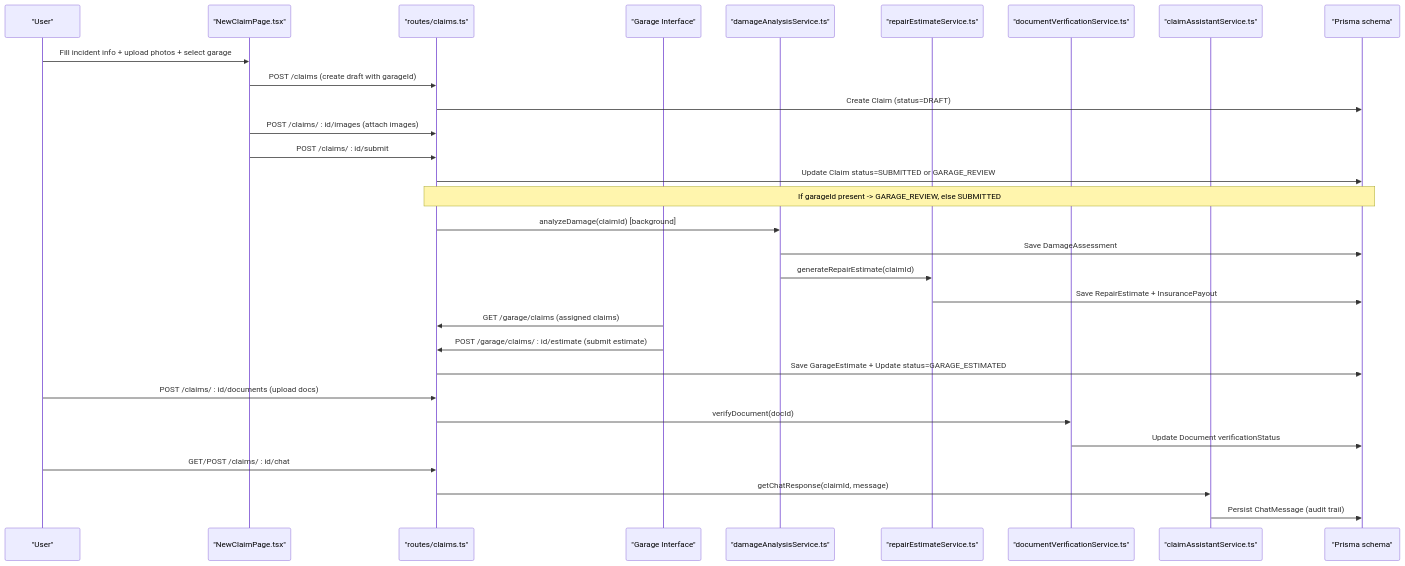
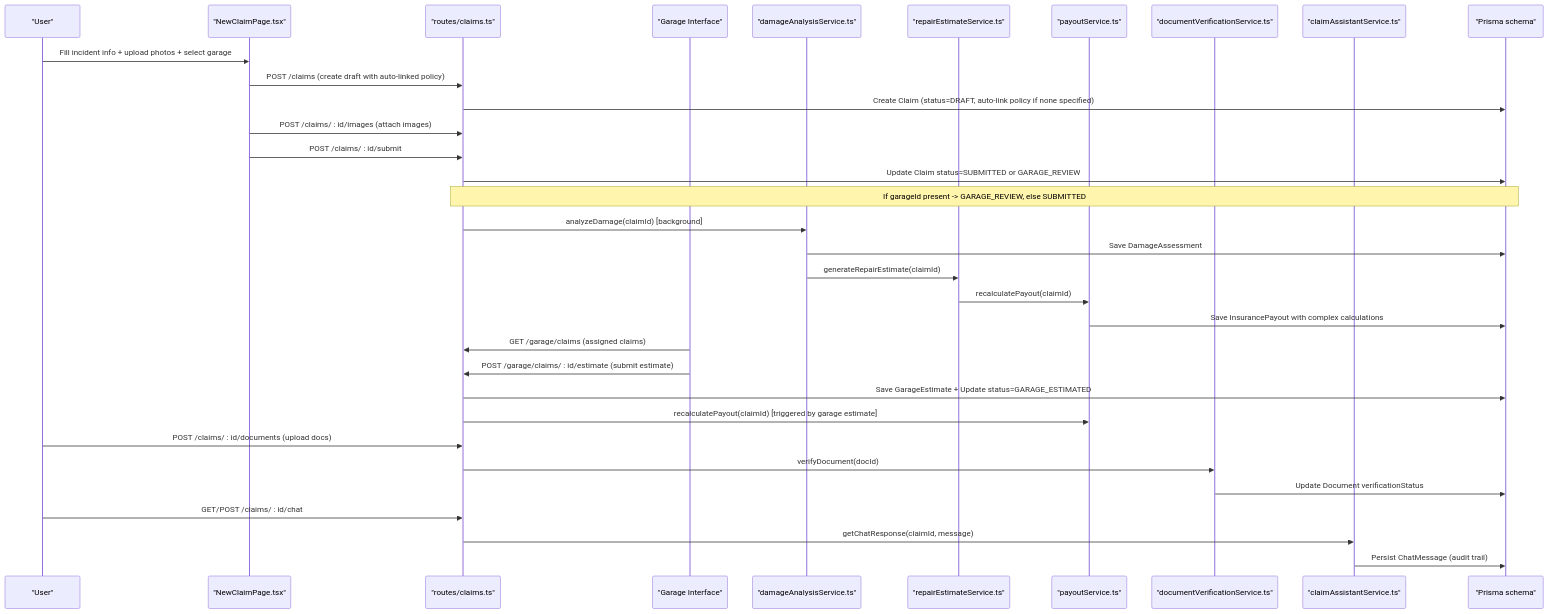
Before and after one commit to NaveenHiranya/Smart-Vehicle-Insurance-Claim-System: the second of 13 diagrams in .qoder/repowiki/en/content/Business Logic Layer/Claims Processing Workflow.md, drawn with Mermaid. The commit also changed other lines of this file and 38 other files, not shown here.

````diff
--- a/.qoder/repowiki/en/content/Business Logic Layer/Claims Processing Workflow.md
+++ b/.qoder/repowiki/en/content/Business Logic Layer/Claims Processing Workflow.md
@@ -128,32 +135,35 @@
 ```mermaid
 sequenceDiagram
 participant User as "User"
 participant FE as "NewClaimPage.tsx"
 participant API as "routes/claims.ts"
 participant Garage as "Garage Interface"
 participant DAM as "damageAnalysisService.ts"
 participant EST as "repairEstimateService.ts"
+participant PAYOUT as "payoutService.ts"
 participant DOC as "documentVerificationService.ts"
 participant ASS as "claimAssistantService.ts"
 participant DB as "Prisma schema"
 User->>FE : Fill incident info + upload photos + select garage
-FE->>API : POST /claims (create draft with garageId)
-API->>DB : Create Claim (status=DRAFT)
+FE->>API : POST /claims (create draft with auto-linked policy)
+API->>DB : Create Claim (status=DRAFT, auto-link policy if none specified)
 FE->>API : POST /claims/ : id/images (attach images)
 FE->>API : POST /claims/ : id/submit
 API->>DB : Update Claim status=SUBMITTED or GARAGE_REVIEW
 Note over API,DB : If garageId present -> GARAGE_REVIEW, else SUBMITTED
 API->>DAM : analyzeDamage(claimId) [background]
 DAM->>DB : Save DamageAssessment
 DAM->>EST : generateRepairEstimate(claimId)
-EST->>DB : Save RepairEstimate + InsurancePayout
+EST->>PAYOUT : recalculatePayout(claimId)
+PAYOUT->>DB : Save InsurancePayout with complex calculations
 Garage->>API : GET /garage/claims (assigned claims)
 Garage->>API : POST /garage/claims/ : id/estimate (submit estimate)
 API->>DB : Save GarageEstimate + Update status=GARAGE_ESTIMATED
+API->>PAYOUT : recalculatePayout(claimId) [triggered by garage estimate]
 User->>API : POST /claims/ : id/documents (upload docs)
 API->>DOC : verifyDocument(docId)
 DOC->>DB : Update Document verificationStatus
 User->>API : GET/POST /claims/ : id/chat
 API->>ASS : getChatResponse(claimId, message)
 ASS->>DB : Persist ChatMessage (audit trail)
 ```
````
